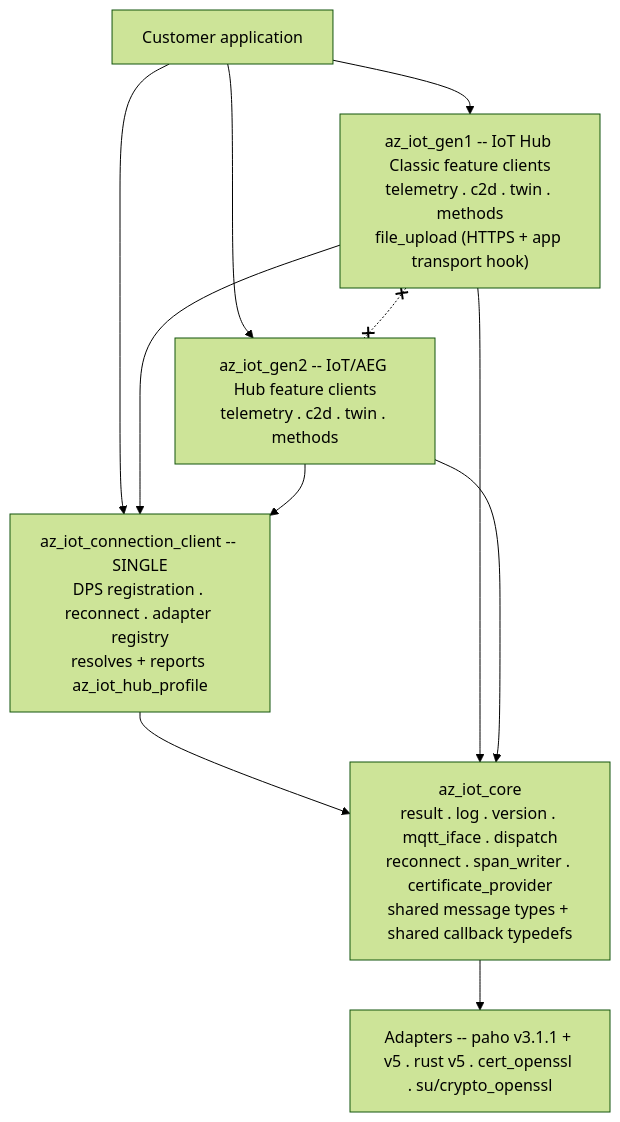
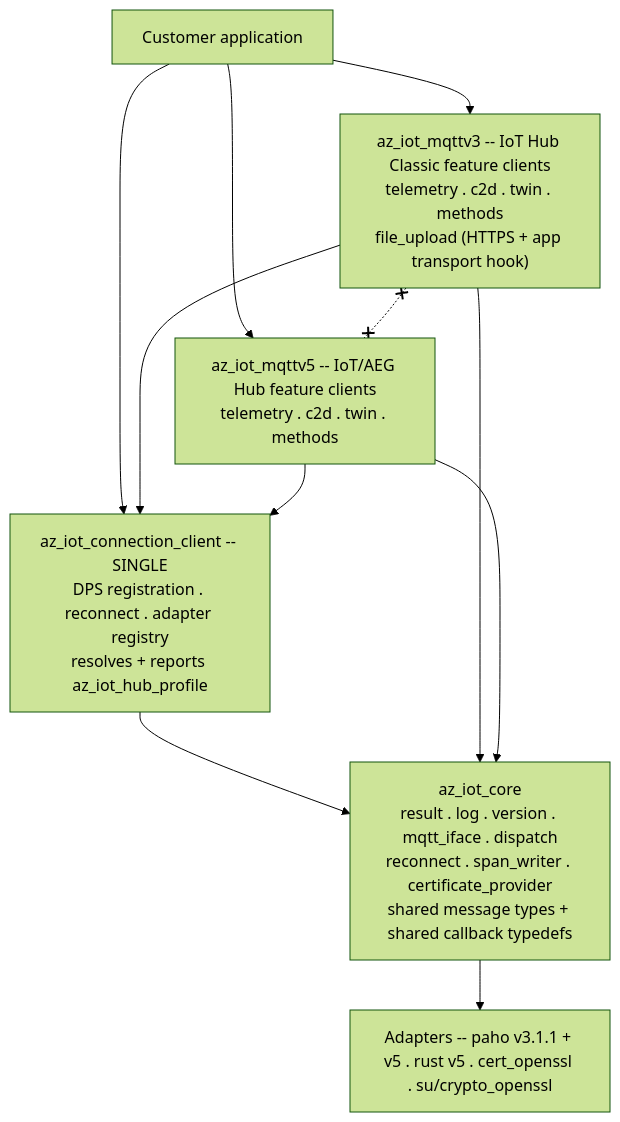
Before and after one commit to Azure/azure-iot-sdk: the first of 2 diagrams in c/docs/eng/client-separation.md, drawn with Mermaid (forest theme). The commit also changed other lines of this file and 118 other files, not shown here.

First line of the commit message:
C: rename gen1/gen2 to mqttv3/mqttv5

````diff
--- a/c/docs/eng/client-separation.md
+++ b/c/docs/eng/client-separation.md
@@ -412,20 +412,20 @@
 ```mermaid
 flowchart TB
     APP["Customer application"]
-    G1["az_iot_gen1 -- IoT Hub Classic feature clients<br/>telemetry . c2d . twin . methods<br/>file_upload (HTTPS + app transport hook)"]
-    G2["az_iot_gen2 -- IoT/AEG Hub feature clients<br/>telemetry . c2d . twin . methods"]
+    G1["az_iot_mqttv3 -- IoT Hub Classic feature clients<br/>telemetry . c2d . twin . methods<br/>file_upload (HTTPS + app transport hook)"]
+    G2["az_iot_mqttv5 -- IoT/AEG Hub feature clients<br/>telemetry . c2d . twin . methods"]
     CONN["az_iot_connection_client -- SINGLE<br/>DPS registration . reconnect . adapter registry<br/>resolves + reports az_iot_hub_profile"]
     CORE["az_iot_core<br/>result . log . version . mqtt_iface . dispatch<br/>reconnect . span_writer . certificate_provider<br/>shared message types + shared callback typedefs"]
     ADAPT["Adapters -- paho v3.1.1 + v5 . rust v5 . cert_openssl . su/crypto_openssl"]
 
     APP --> G1
     APP --> G2
     APP --> CONN
     G1 --> CONN
     G2 --> CONN
     CONN --> CORE
     G1 --> CORE
     G2 --> CORE
     CORE --> ADAPT
     G1 x-.-x G2
 ```
````
